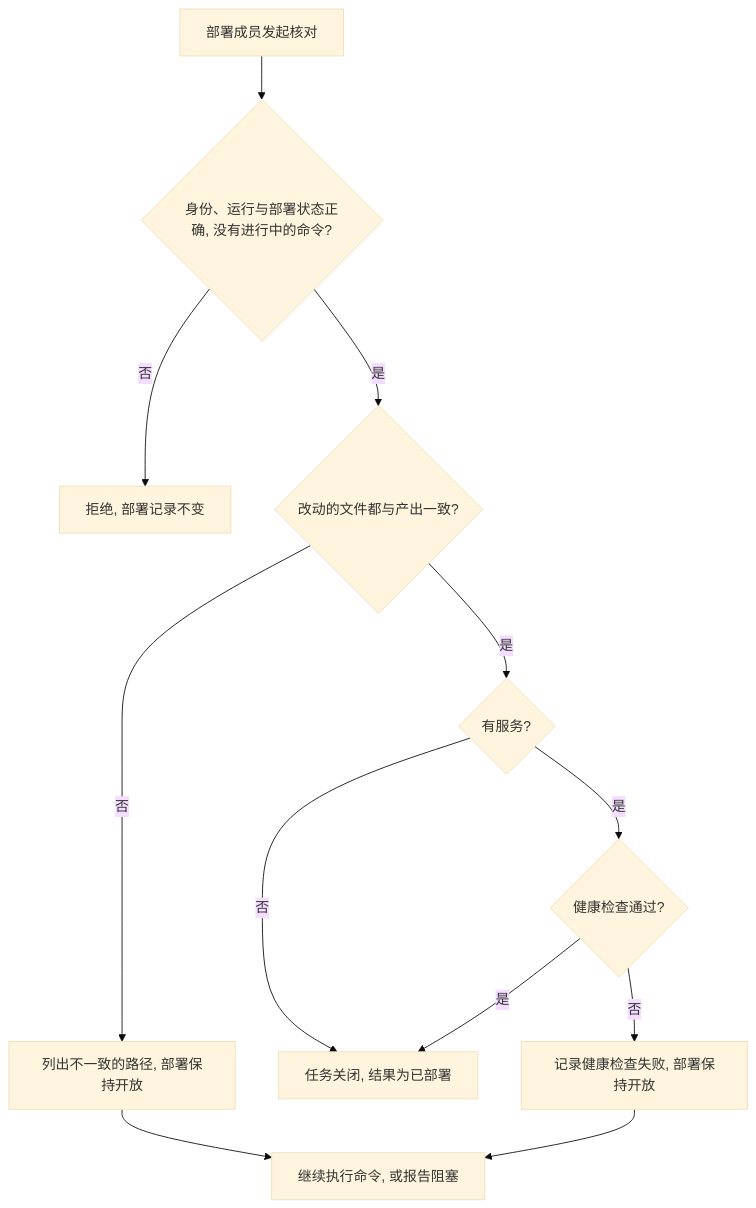
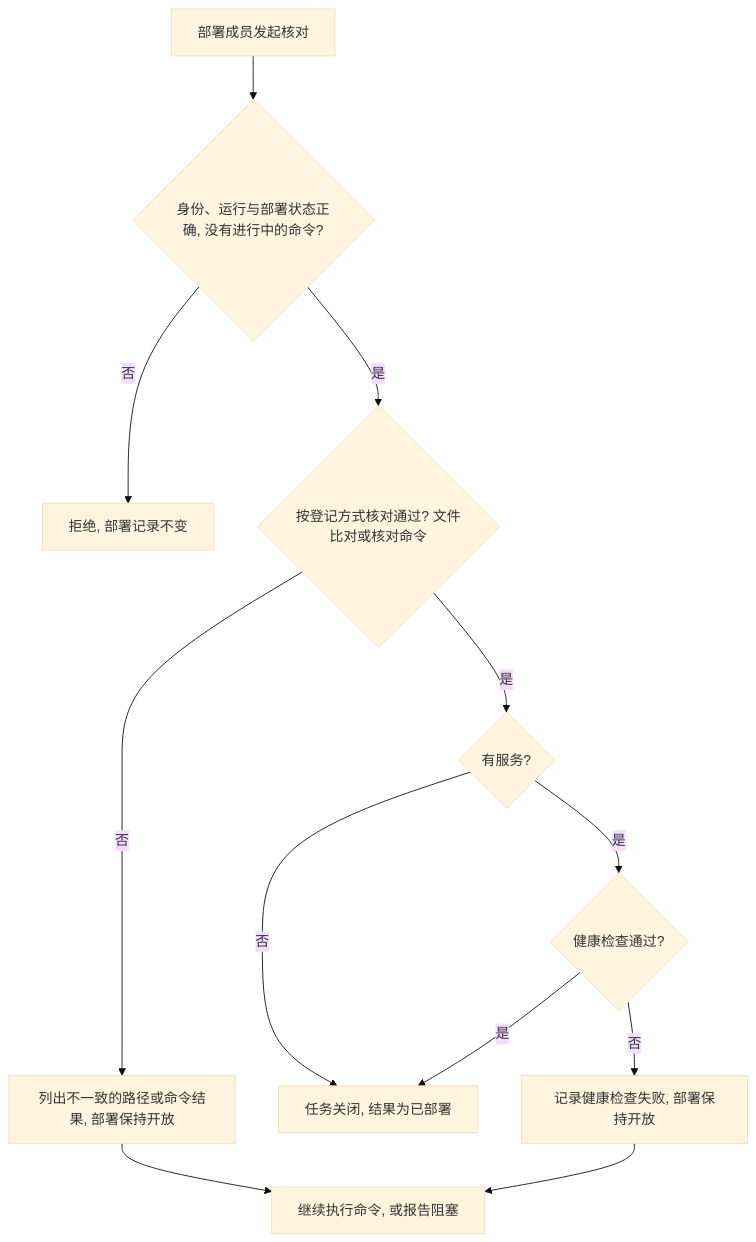
One commit to xforce-io/atelier changed the fifth of 5 diagrams in docs/design/22-host-environment-deploy/product.md. Above: the diagram before and after it, drawn with Mermaid (base theme). The commit also changed other lines of this file and 2 other files, not shown here.

````diff
--- a/docs/design/22-host-environment-deploy/product.md
+++ b/docs/design/22-host-environment-deploy/product.md
@@ -304,14 +315,14 @@
 ```mermaid
 flowchart TD
     A[部署成员发起核对] --> B{身份、运行与部署状态正确, 没有进行中的命令?}
     B -->|否| C[拒绝, 部署记录不变]
-    B -->|是| D{改动的文件都与产出一致?}
-    D -->|否| E[列出不一致的路径, 部署保持开放]
+    B -->|是| D{按登记方式核对通过? 文件比对或核对命令}
+    D -->|否| E[列出不一致的路径或命令结果, 部署保持开放]
     D -->|是| F{有服务?}
     F -->|否| G[任务关闭, 结果为已部署]
     F -->|是| H{健康检查通过?}
     H -->|是| G
     H -->|否| I[记录健康检查失败, 部署保持开放]
     E --> J[继续执行命令, 或报告阻塞]
     I --> J
 ```
````
